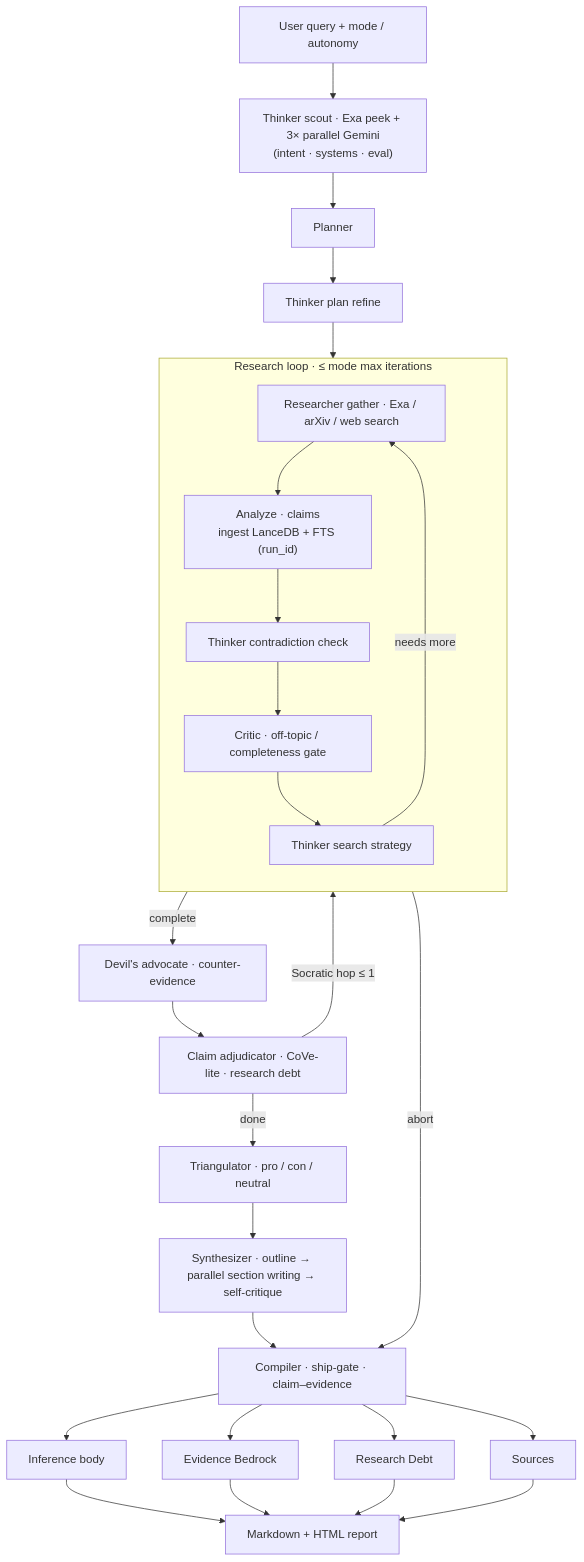
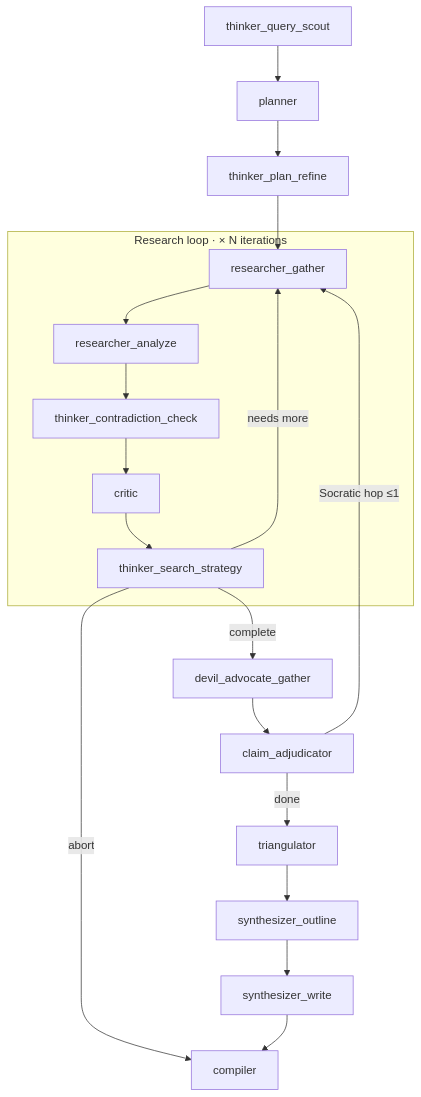
One commit to sarv-projects/Autonomous-Research-Agent changed the first of 2 diagrams in README.md. Above: the diagram before and after it, drawn with Mermaid. The commit also changed other lines of this file and 3 other files, not shown here.

````diff
--- a/README.md
+++ b/README.md
@@ -148,31 +61,24 @@
 ```mermaid
 flowchart TD
-    Q["User query + mode / autonomy"] --> Scout["Thinker scout · Exa peek + 3× parallel Gemini<br/>(intent · systems · eval)"]
-    Scout --> Planner["Planner"]
-    Planner --> Refine["Thinker plan refine"]
+    Scout["thinker_query_scout"] --> Planner["planner"]
+    Planner --> Refine["thinker_plan_refine"]
 
-    subgraph LOOP["Research loop · ≤ mode max iterations"]
-        direction TB
-        Gather["Researcher gather · Exa / arXiv / web search"] --> Analyze["Analyze · claims<br/>ingest LanceDB + FTS (run_id)"]
-        Analyze --> Contradiction["Thinker contradiction check"]
-        Contradiction --> Critic["Critic · off-topic / completeness gate"]
-        Critic --> Strategy["Thinker search strategy"]
+    subgraph LOOP["Research loop · × N iterations"]
+        Gather["researcher_gather"]
+        Analyze["researcher_analyze"]
+        Contradiction["thinker_contradiction_check"]
+        Critic["critic"]
+        Strategy["thinker_search_strategy"]
+        Gather --> Analyze --> Contradiction --> Critic --> Strategy
         Strategy -->|needs more| Gather
     end
 
     Refine --> Gather
     Strategy -->|abort| Compiler
 
-    Strategy -->|complete| DA["Devil's advocate · counter-evidence"]
-    DA --> Adjudicator["Claim adjudicator · CoVe-lite · research debt"]
-    Adjudicator -->|Socratic hop ≤ 1| Gather
-    Adjudicator -->|done| Triangulator["Triangulator · pro / con / neutral"]
-    Triangulator --> Synth["Synthesizer · outline → parallel section writing → self-critique"]
-    Synth --> Compiler["Compiler · ship-gate · claim–evidence"]
-
-    Compiler --> Body["Inference body"]
-    Compiler --> Bedrock["Evidence Bedrock"]
-    Compiler --> Debt["Research Debt"]
-    Compiler --> Sources["Sources"]
-    Body & Bedrock & Debt & Sources --> Report["Markdown + HTML report"]
+    Strategy -->|complete| DA["devil_advocate_gather"]
+    DA --> Adjudicator["claim_adjudicator"]
+    Adjudicator -->|Socratic hop ≤1| Gather
+    Adjudicator -->|done| Triangulator["triangulator"]
+    Triangulator --> SynthOutline["synthesizer_outline"] --> SynthWrite["synthesizer_write"] --> Compiler["compiler"]
 ```
````
